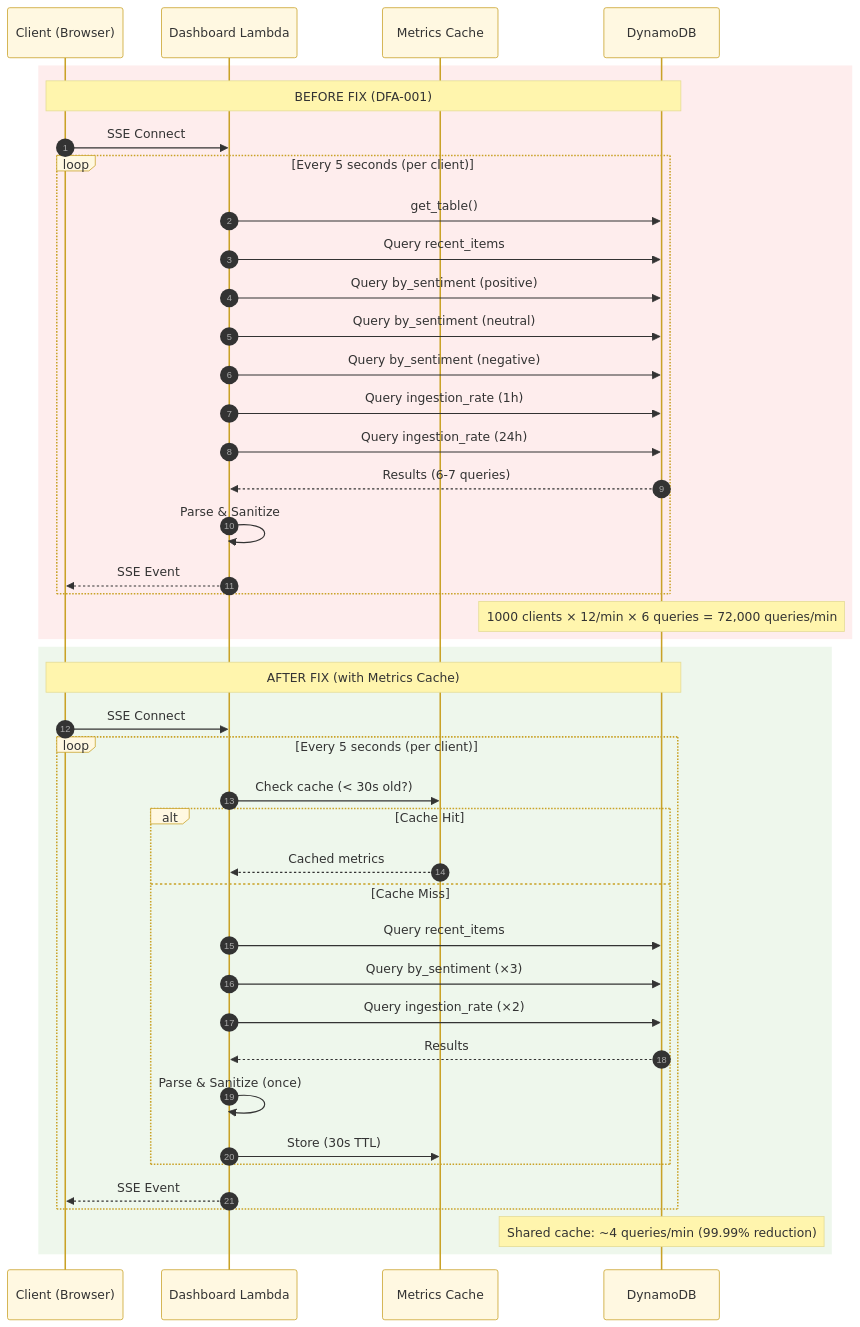
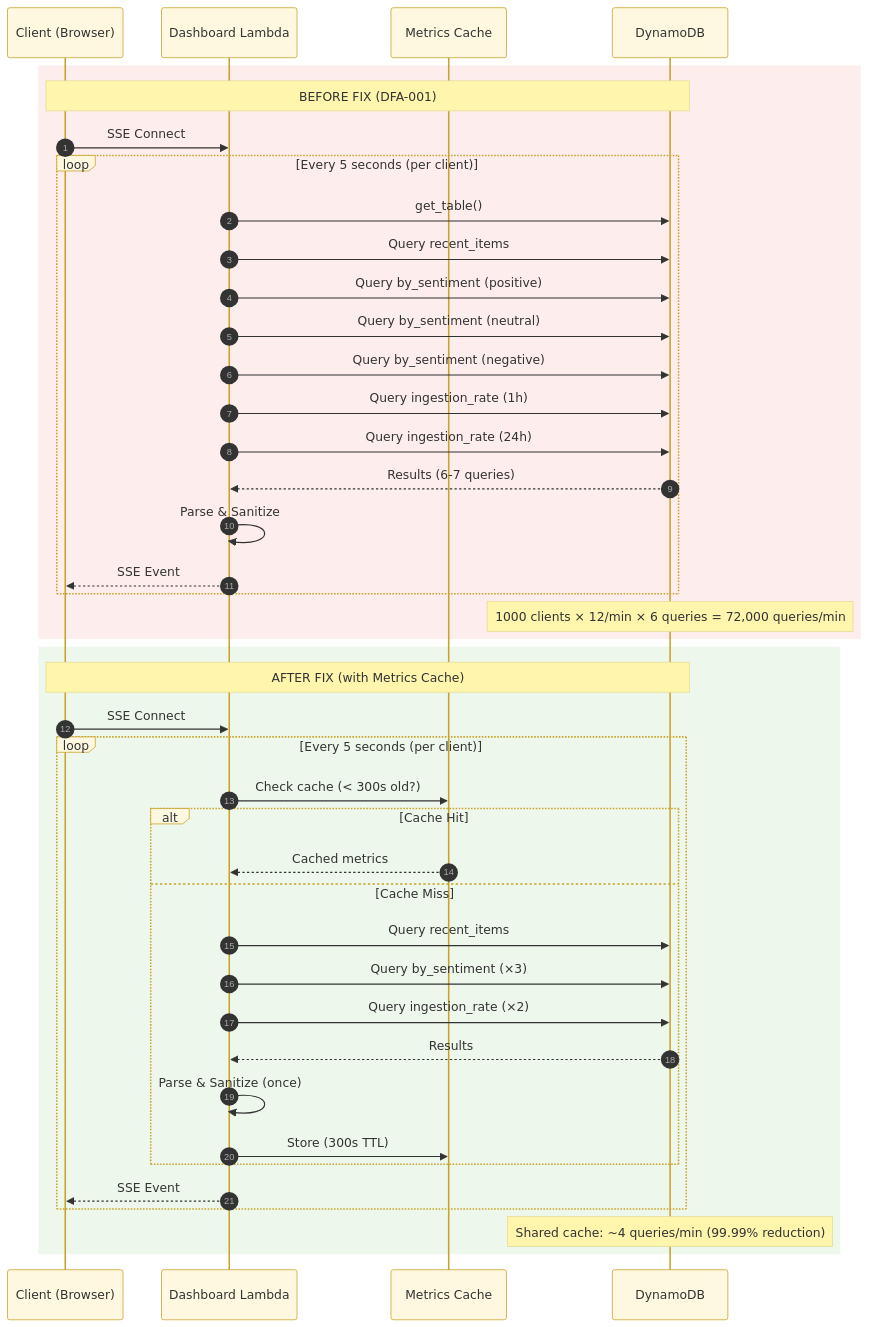
The third of 4 diagrams in docs/architecture/DATA_FLOW_AUDIT.md (traylorre/sentiment-analyzer-gsk), drawn with Mermaid before and after one commit. The commit also changed other lines of this file and 96 other files, not shown here.

````diff
--- a/docs/architecture/DATA_FLOW_AUDIT.md
+++ b/docs/architecture/DATA_FLOW_AUDIT.md
@@ -197,48 +194,48 @@
 ```mermaid
 %%{init: {'theme':'base', 'themeVariables': {'primaryColor':'#fff8e1', 'primaryTextColor':'#333', 'primaryBorderColor':'#c9a227', 'lineColor':'#555'}}}%%
 sequenceDiagram
     autonumber
 
     participant C as Client (Browser)
     participant L as Dashboard Lambda
     participant Cache as Metrics Cache
     participant DB as DynamoDB
 
     rect rgb(239, 83, 80, 0.1)
         Note over C,DB: BEFORE FIX (DFA-001)
         C->>L: SSE Connect
         loop Every 5 seconds (per client)
             L->>DB: get_table()
             L->>DB: Query recent_items
             L->>DB: Query by_sentiment (positive)
             L->>DB: Query by_sentiment (neutral)
             L->>DB: Query by_sentiment (negative)
             L->>DB: Query ingestion_rate (1h)
             L->>DB: Query ingestion_rate (24h)
             DB-->>L: Results (6-7 queries)
             L->>L: Parse & Sanitize
             L-->>C: SSE Event
         end
         Note over DB: 1000 clients × 12/min × 6 queries = 72,000 queries/min
     end
 
     rect rgb(168, 213, 162, 0.2)
         Note over C,DB: AFTER FIX (with Metrics Cache)
         C->>L: SSE Connect
         loop Every 5 seconds (per client)
-            L->>Cache: Check cache (< 30s old?)
+            L->>Cache: Check cache (< 300s old?)
             alt Cache Hit
                 Cache-->>L: Cached metrics
             else Cache Miss
                 L->>DB: Query recent_items
                 L->>DB: Query by_sentiment (×3)
                 L->>DB: Query ingestion_rate (×2)
                 DB-->>L: Results
                 L->>L: Parse & Sanitize (once)
-                L->>Cache: Store (30s TTL)
+                L->>Cache: Store (300s TTL)
             end
             L-->>C: SSE Event
         end
         Note over DB: Shared cache: ~4 queries/min (99.99% reduction)
     end
 ```
````
